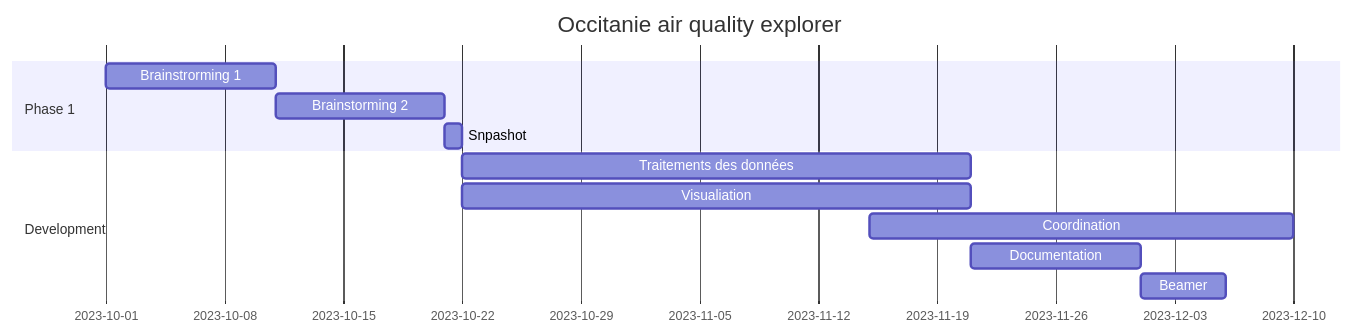
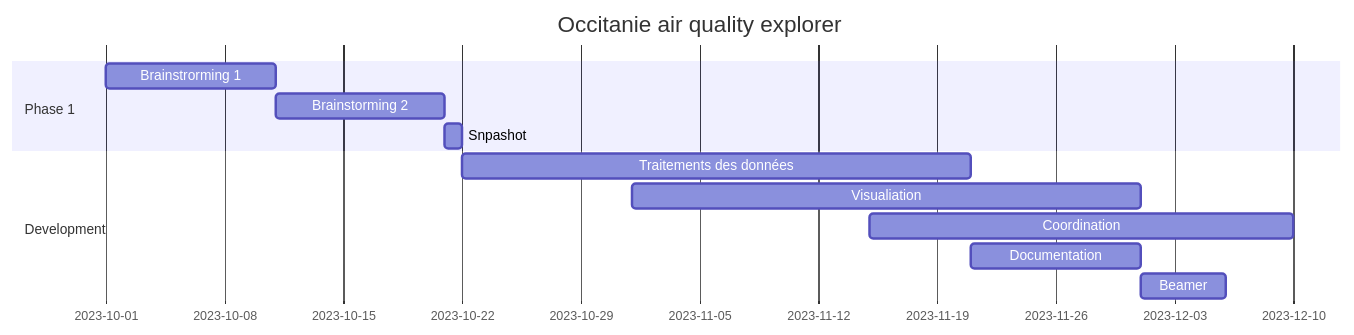
Before and after one commit to Thiziriinfo/HAX712X_group5_project: the second of 2 diagrams in README.md, drawn with Mermaid.

````diff
--- a/README.md
+++ b/README.md
@@ -20,15 +20,15 @@
 ```mermaid
 gantt
     title Occitanie air quality explorer
     dateFormat YYYY-MM-DD
     section Phase 1
         Brainstrorming 1 :a1, 2023-10-01, 10d
         Brainstorming 2  :after a1, 10d
         Snpashot : 2023-10-22
     section Development
         Traitements des données : a2, 2023-10-22, 30d
-        Visualiation   : 2023-10-22, 30d
+        Visualiation   : 2023-11-01, 30d
         Coordination : 2023-11-15 , 25d
         Documentation : a3, after a2 , 10d
         Beamer : after a3, 5d
 ```
````
